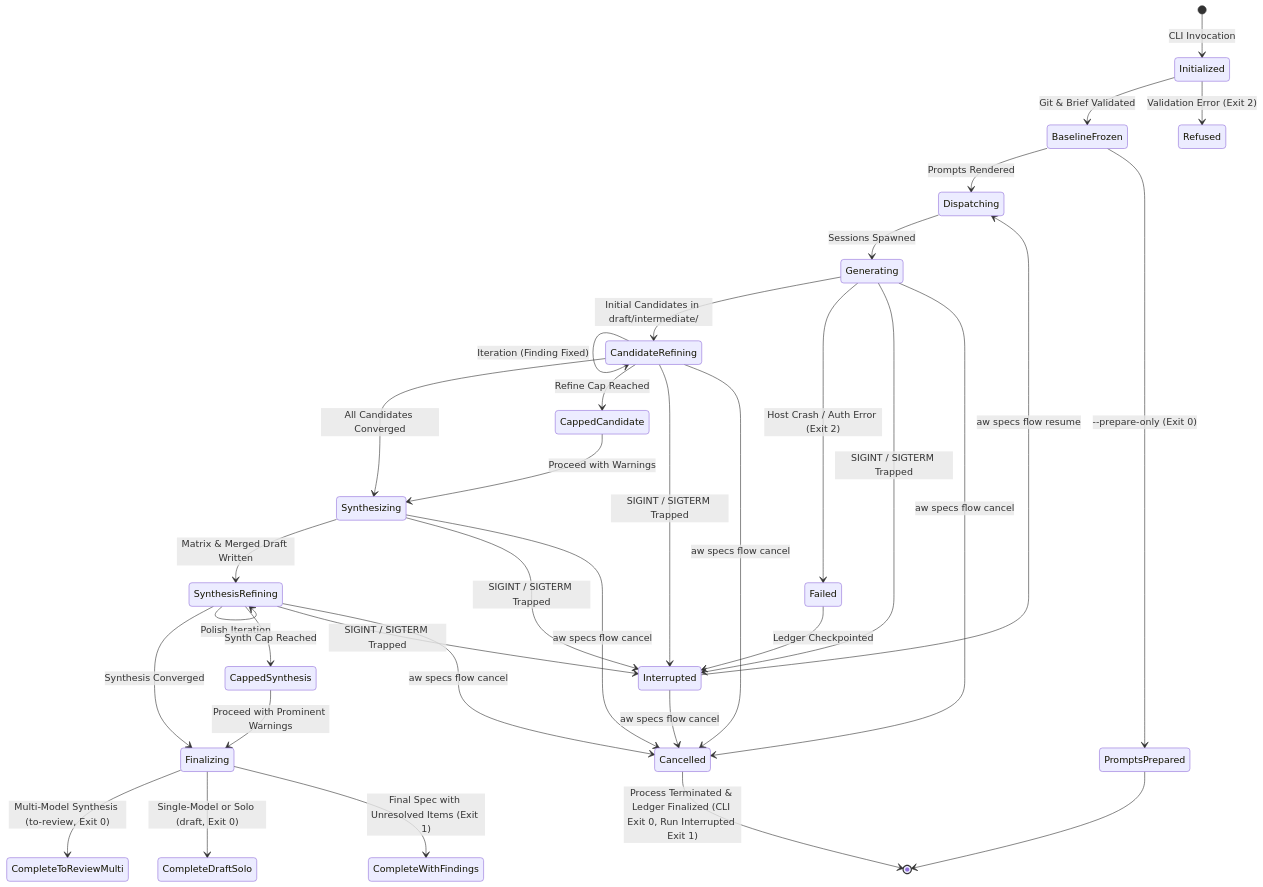
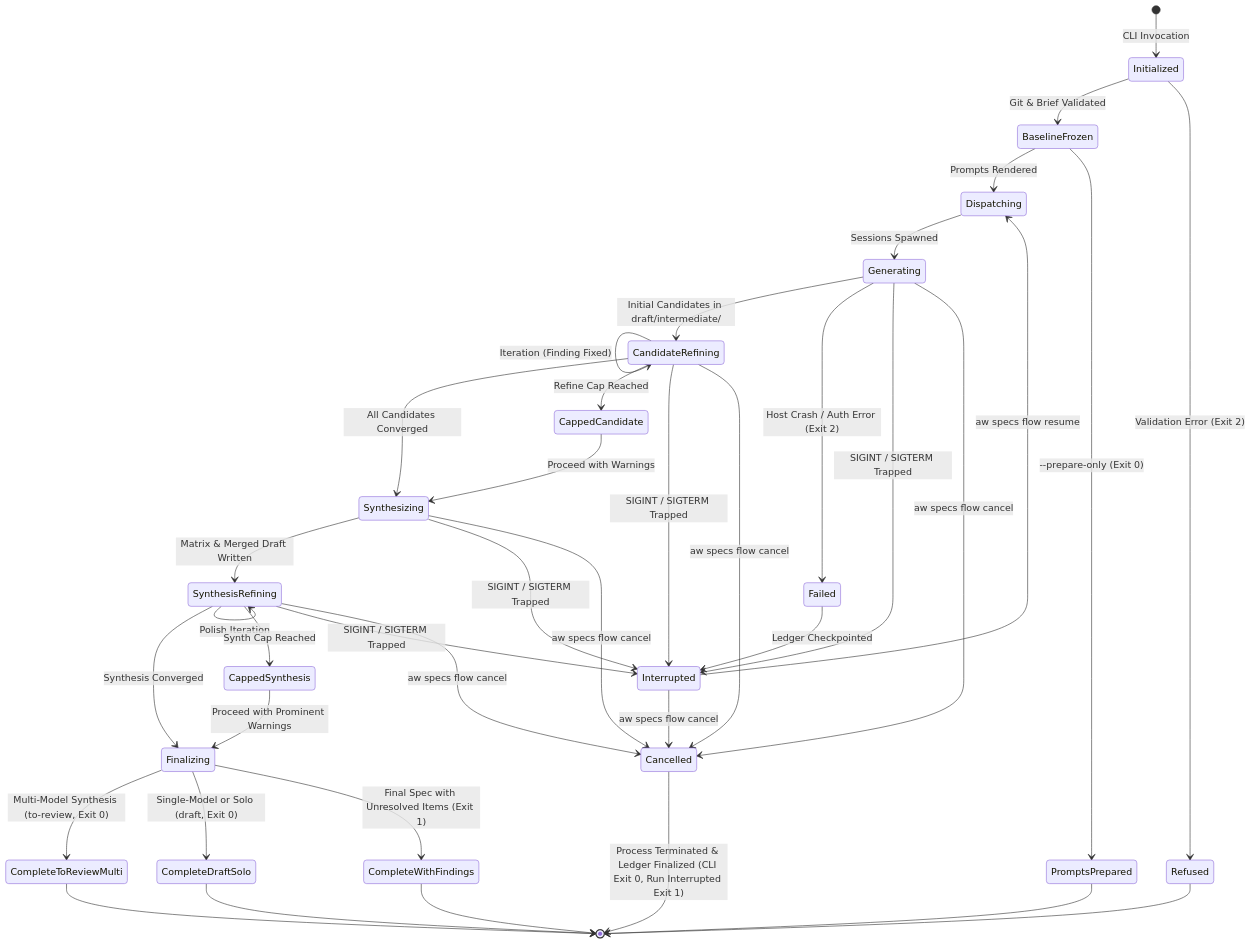
The fourth of 4 diagrams in .aw/records/specs/draft/20261024-specflow-01-18hh1u-spec-research-synthesis.spec.md (fariello/agent-workflows), drawn with Mermaid before and after one commit. The commit also changed other lines of this file and 1 other file, not shown here.

````diff
--- a/.aw/records/specs/draft/20261024-specflow-01-18hh1u-spec-research-synthesis.spec.md
+++ b/.aw/records/specs/draft/20261024-specflow-01-18hh1u-spec-research-synthesis.spec.md
@@ -819,45 +841,50 @@
 ```mermaid
 stateDiagram-v2
     [*] --> Initialized: CLI Invocation
     Initialized --> BaselineFrozen: Git & Brief Validated
     Initialized --> Refused: Validation Error (Exit 2)
 
     BaselineFrozen --> Dispatching: Prompts Rendered
     BaselineFrozen --> PromptsPrepared: --prepare-only (Exit 0)
     PromptsPrepared --> [*]
     Dispatching --> Generating: Sessions Spawned
 
     Generating --> CandidateRefining: Initial Candidates in draft/intermediate/
     Generating --> Failed: Host Crash / Auth Error (Exit 2)
     Generating --> Interrupted: SIGINT / SIGTERM Trapped
     Generating --> Cancelled: aw specs flow cancel
 
     CandidateRefining --> CandidateRefining: Iteration (Finding Fixed)
     CandidateRefining --> Synthesizing: All Candidates Converged
     CandidateRefining --> CappedCandidate: Refine Cap Reached
     CandidateRefining --> Interrupted: SIGINT / SIGTERM Trapped
     CandidateRefining --> Cancelled: aw specs flow cancel
 
     CappedCandidate --> Synthesizing: Proceed with Warnings
 
     Synthesizing --> SynthesisRefining: Matrix & Merged Draft Written
     Synthesizing --> Interrupted: SIGINT / SIGTERM Trapped
     Synthesizing --> Cancelled: aw specs flow cancel
 
     SynthesisRefining --> SynthesisRefining: Polish Iteration
     SynthesisRefining --> Finalizing: Synthesis Converged
     SynthesisRefining --> CappedSynthesis: Synth Cap Reached
     SynthesisRefining --> Interrupted: SIGINT / SIGTERM Trapped
     SynthesisRefining --> Cancelled: aw specs flow cancel
 
     CappedSynthesis --> Finalizing: Proceed with Prominent Warnings
 
     Finalizing --> CompleteToReviewMulti: Multi-Model Synthesis (to-review, Exit 0)
     Finalizing --> CompleteDraftSolo: Single-Model or Solo (draft, Exit 0)
     Finalizing --> CompleteWithFindings: Final Spec with Unresolved Items (Exit 1)
 
+    CompleteToReviewMulti --> [*]
+    CompleteDraftSolo --> [*]
+    CompleteWithFindings --> [*]
+    Refused --> [*]
+
     Failed --> Interrupted: Ledger Checkpointed
     Interrupted --> Dispatching: aw specs flow resume
     Interrupted --> Cancelled: aw specs flow cancel
     Cancelled --> [*]: Process Terminated & Ledger Finalized (CLI Exit 0, Run Interrupted Exit 1)
 ```
````
